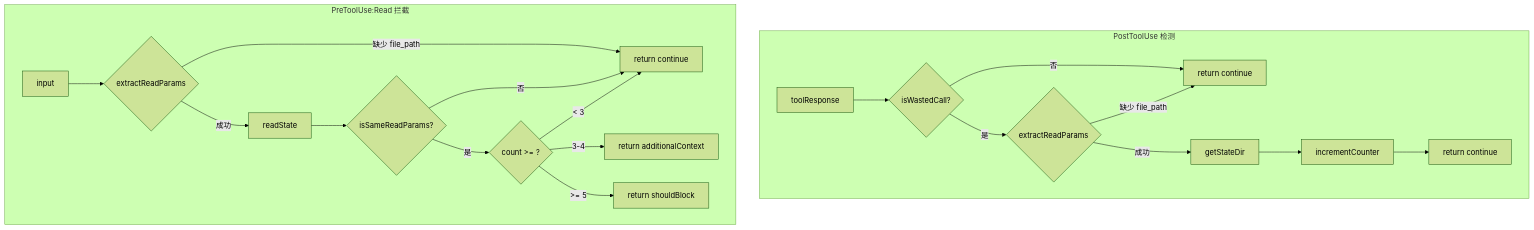
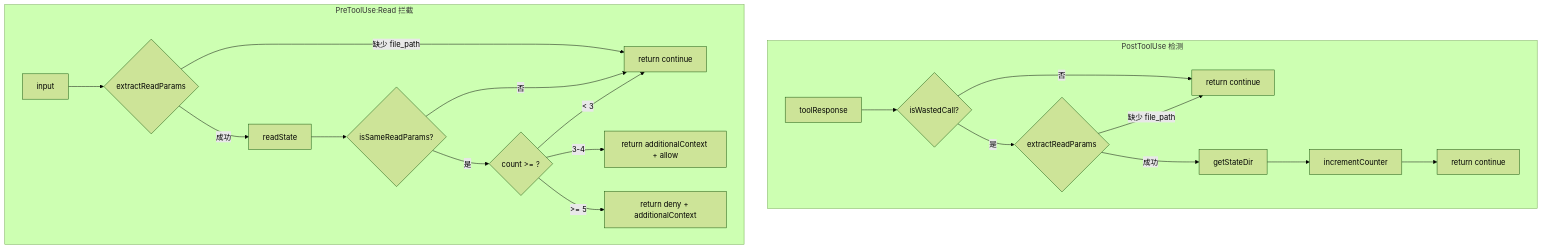
Before and after one commit to Lionad-Morotar/cc-break-dead-loop: the diagram in docs/4.DeepDive/handlers.mjs.md, drawn with Mermaid (forest theme). The commit also changed other lines of this file and 6 other files, not shown here.

````diff
--- a/docs/4.DeepDive/handlers.mjs.md
+++ b/docs/4.DeepDive/handlers.mjs.md
@@ -16,24 +16,24 @@
 ```mermaid
 flowchart TD
   subgraph "PostToolUse 检测"
     A[toolResponse] --> B{isWastedCall?}
     B -->|否| C[return continue]
     B -->|是| D{extractReadParams}
     D -->|缺少 file_path| C
     D -->|成功| E[getStateDir]
     E --> F[incrementCounter]
     F --> G[return continue]
   end
 
   subgraph "PreToolUse:Read 拦截"
     H[input] --> I{extractReadParams}
     I -->|缺少 file_path| C2[return continue]
     I -->|成功| J[readState]
     J --> K{isSameReadParams?}
     K -->|否| C2
     K -->|是| L{count >= ?}
     L -->|< 3| C2
-    L -->|3-4| M[return additionalContext]
-    L -->|>= 5| N[return shouldBlock]
+    L -->|3-4| M[return additionalContext + allow]
+    L -->|>= 5| N[return deny + additionalContext]
   end
 ```
````
